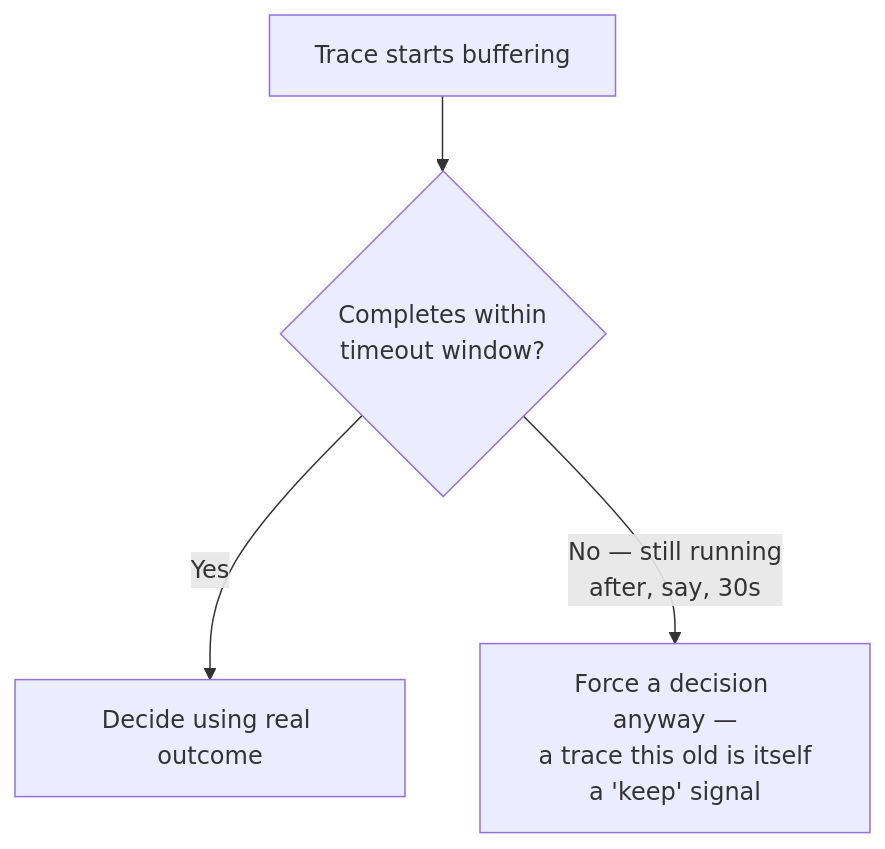
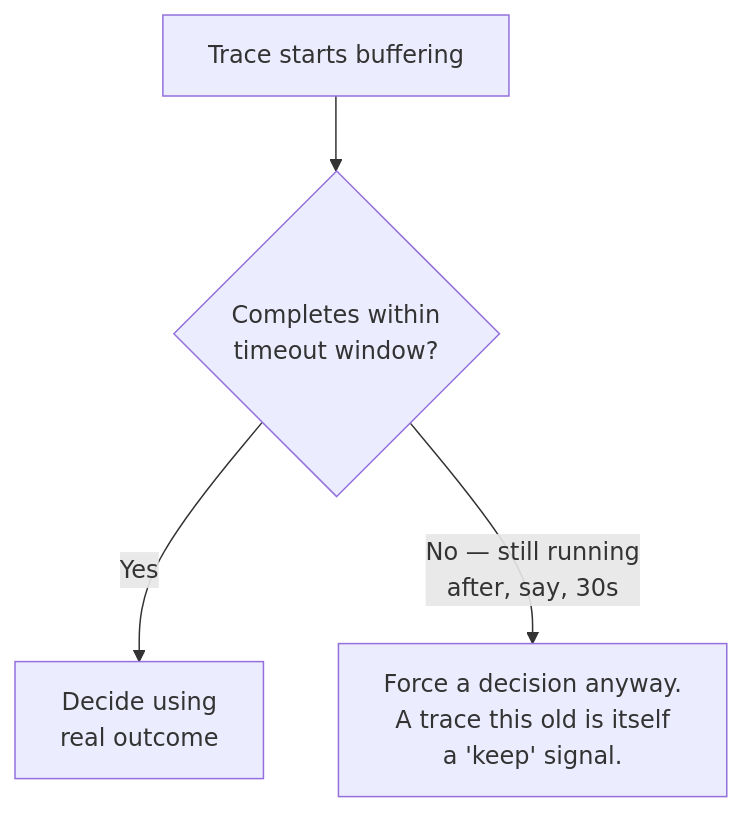
One commit to riyaz-pasha/Learnings changed diagram 11 of 15 in system-design/HLD/0-course/57-Design-a-Distributed-Tracing-System-FAANG-Guide-story.md. Above: the diagram before and after it, drawn with Mermaid. The commit also changed other lines of this file and 1 other file, not shown here.

Commit message:
[REWRITE] Distributed Tracing System story guide: simplify prose, add structure, fix diagrams

````diff
--- a/system-design/HLD/0-course/57-Design-a-Distributed-Tracing-System-FAANG-Guide-story.md
+++ b/system-design/HLD/0-course/57-Design-a-Distributed-Tracing-System-FAANG-Guide-story.md
@@ -219,6 +478,6 @@
 ```mermaid
 flowchart TD
-    A["Trace starts buffering"] --> B{"Completes within\ntimeout window?"}
-    B -->|"Yes"| C["Decide using real outcome"]
-    B -->|"No — still running\nafter, say, 30s"| D["Force a decision anyway —\na trace this old is itself\na 'keep' signal"]
+    A["Trace starts buffering"] --> B{"Completes within<br/>timeout window?"}
+    B -->|"Yes"| C["Decide using<br/>real outcome"]
+    B -->|"No — still running<br/>after, say, 30s"| D["Force a decision anyway.<br/>A trace this old is itself<br/>a 'keep' signal."]
 ```
````
